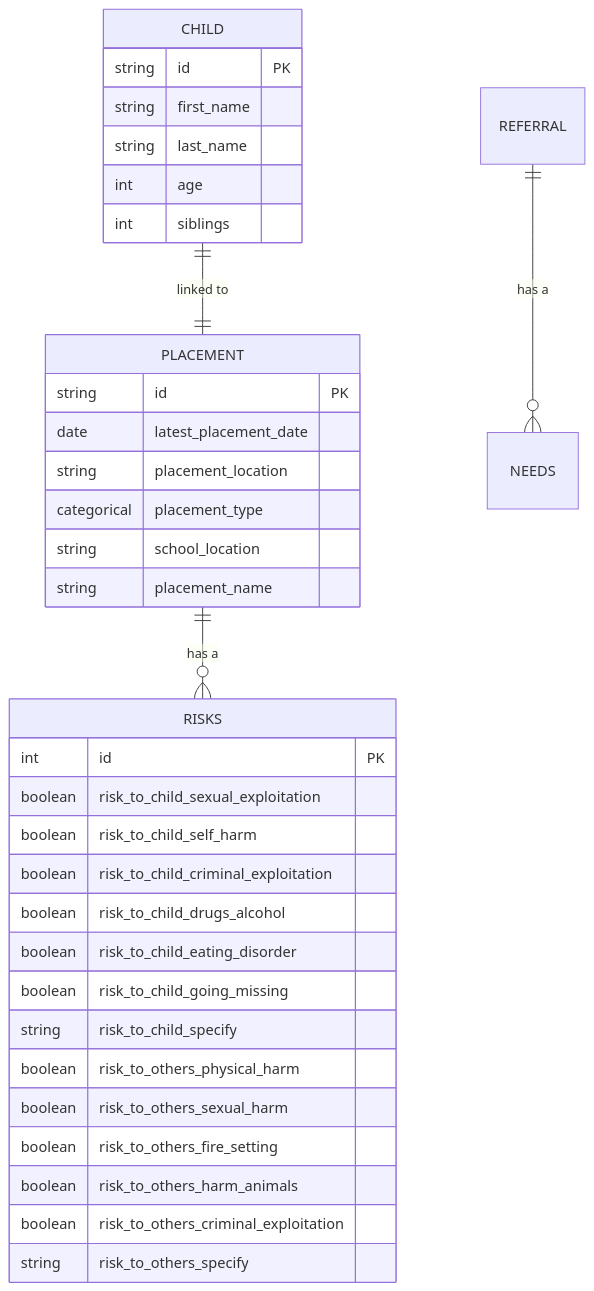
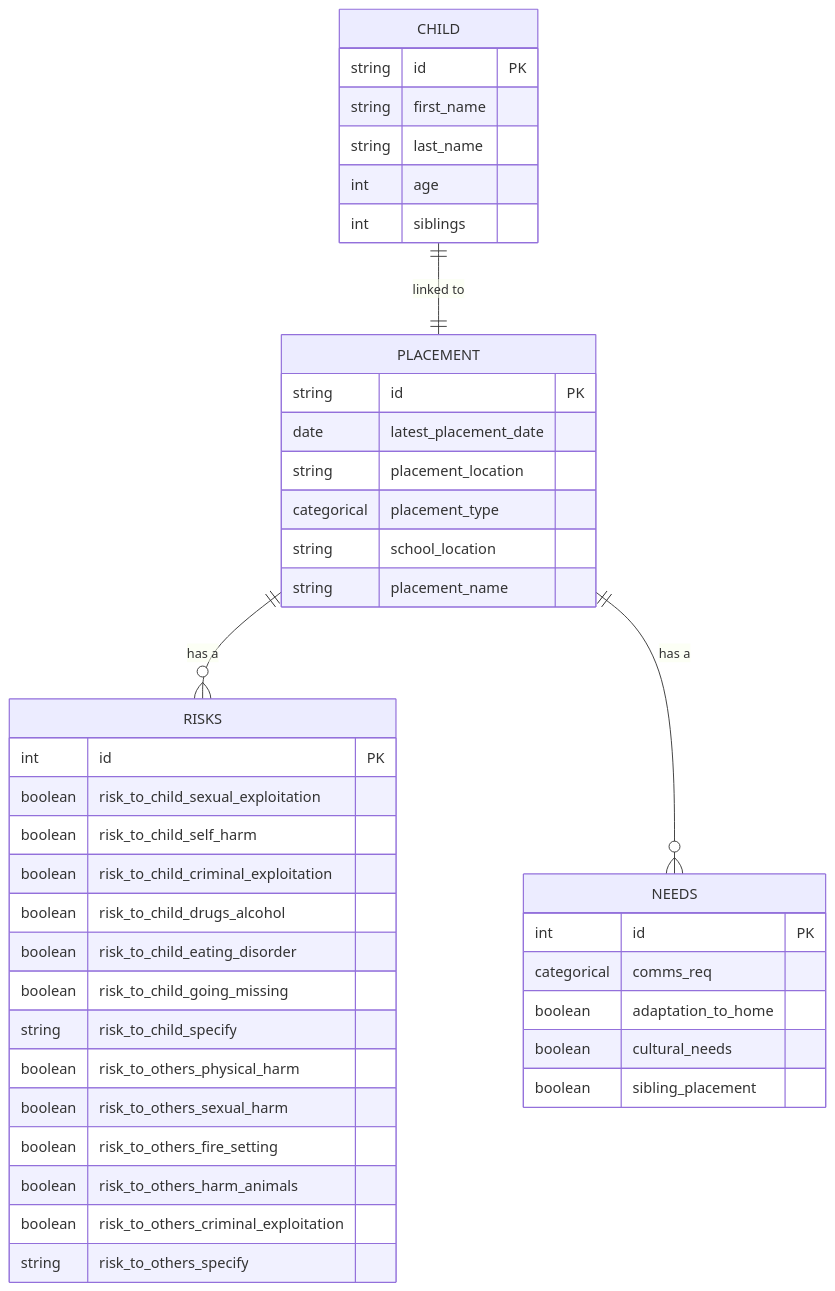
The diagram in placement_data_collection.md (SocialFinanceDigitalLabs/sw-sufficiency-model), drawn with Mermaid before and after one commit.

````diff
--- a/placement_data_collection.md
+++ b/placement_data_collection.md
@@ -3,37 +3,44 @@
 ```mermaid
 erDiagram
     CHILD ||--|| PLACEMENT : "linked to"
     PLACEMENT ||--o{ RISKS : "has a"
-    REFERRAL ||--o{ NEEDS : "has a"
+    PLACEMENT ||--o{ NEEDS : "has a"
     CHILD {
         string id PK
         string first_name
         string last_name
         int age
         int siblings
     }
     PLACEMENT {
         string id PK
         date latest_placement_date
         string placement_location
         categorical placement_type
         string school_location
         string placement_name
+    }
+    NEEDS {
+        int id PK
+        categorical comms_req
+        boolean adaptation_to_home
+        boolean cultural_needs
+        boolean sibling_placement
     }
     RISKS {
         int id PK
         boolean risk_to_child_sexual_exploitation
         boolean risk_to_child_self_harm
         boolean risk_to_child_criminal_exploitation
         boolean risk_to_child_drugs_alcohol
         boolean risk_to_child_eating_disorder
         boolean risk_to_child_going_missing
         string risk_to_child_specify
         boolean risk_to_others_physical_harm
         boolean risk_to_others_sexual_harm
         boolean risk_to_others_fire_setting
         boolean risk_to_others_harm_animals
         boolean risk_to_others_criminal_exploitation
         string risk_to_others_specify
     }
 ```
````
